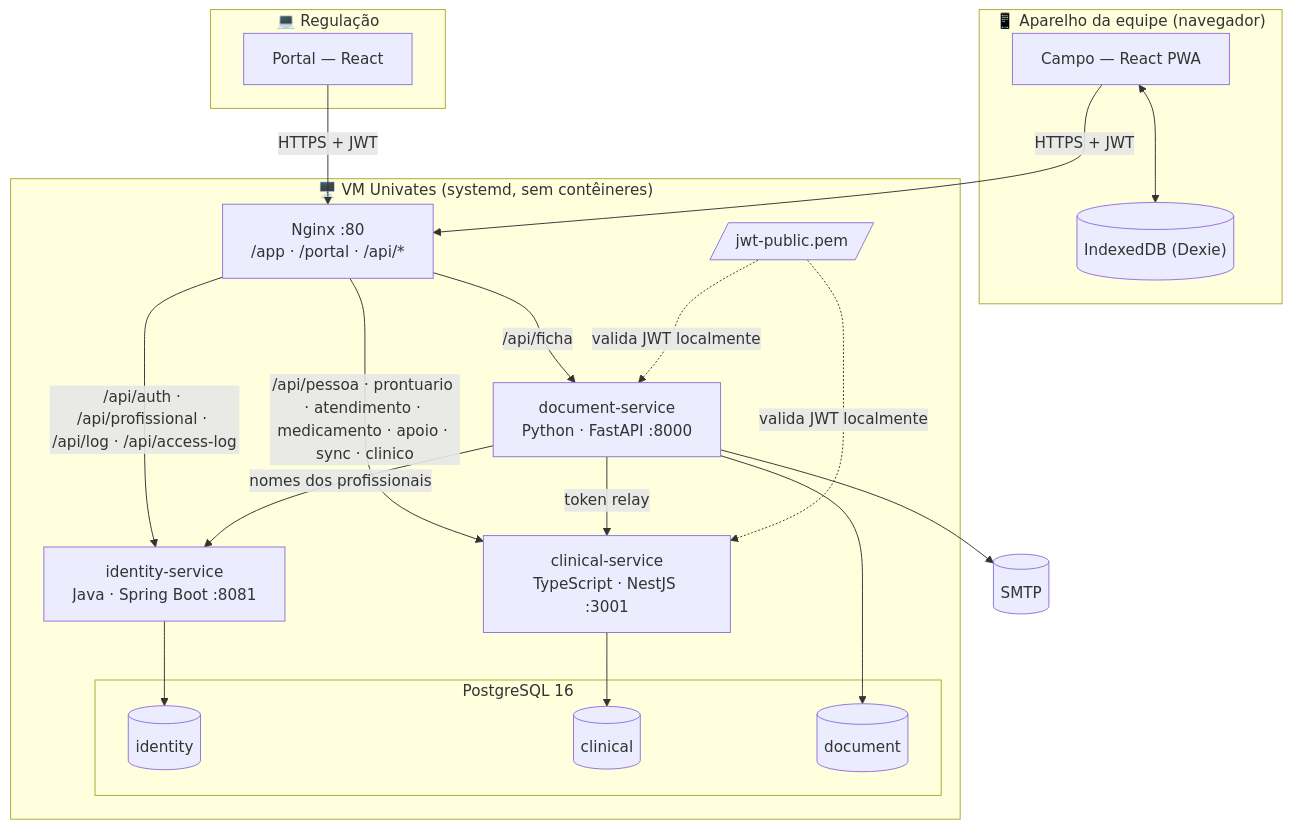
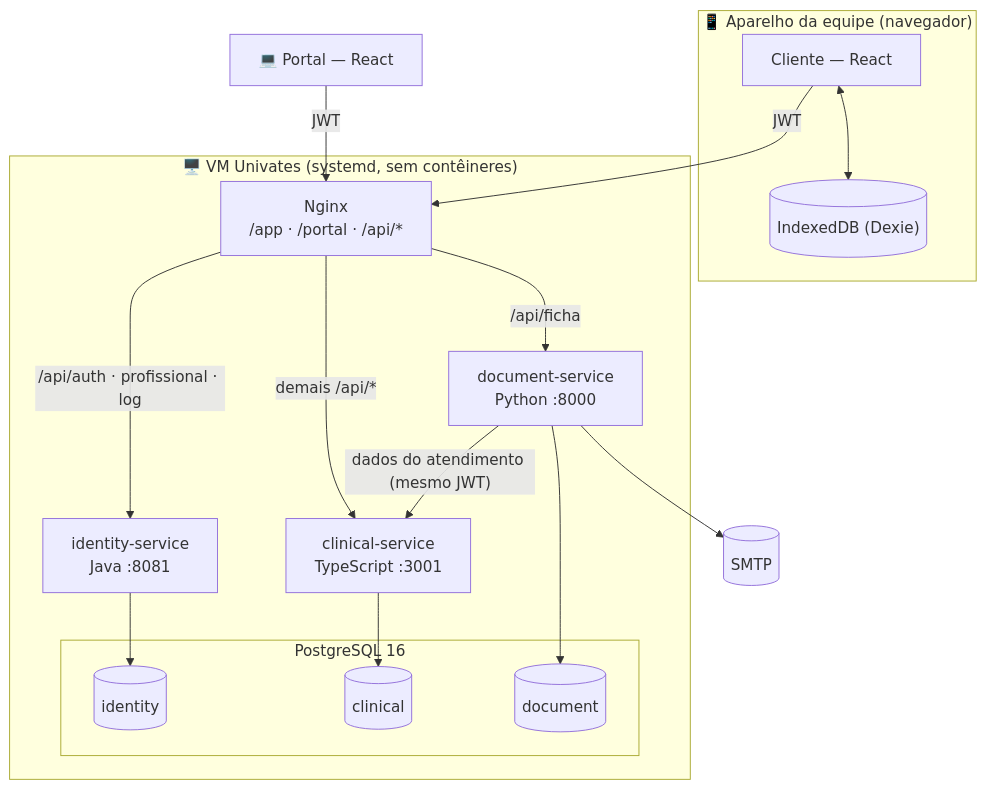
The second of 6 diagrams in docs/02-arquitetura.md (joaogehlen/MedicalField), drawn with Mermaid before and after one commit. The commit also changed other lines of this file and 40 other files, not shown here.

````diff
--- a/docs/02-arquitetura.md
+++ b/docs/02-arquitetura.md
@@ -35,36 +35,31 @@
 ```mermaid
 flowchart TB
     subgraph aparelho["📱 Aparelho da equipe (navegador)"]
-        client["Campo — React PWA"]
+        client["Cliente — React"]
         idb[("IndexedDB (Dexie)")]
         client <--> idb
     end
-    subgraph escritorio["💻 Regulação"]
-        portal["Portal — React"]
-    end
+    portal["💻 Portal — React"]
     subgraph vm["🖥️ VM Univates (systemd, sem contêineres)"]
-        nginx["Nginx :80<br/>/app · /portal · /api/*"]
-        idsvc["identity-service<br/>Java · Spring Boot :8081"]
-        clsvc["clinical-service<br/>TypeScript · NestJS :3001"]
-        docsvc["document-service<br/>Python · FastAPI :8000"]
+        nginx["Nginx<br/>/app · /portal · /api/*"]
+        idsvc["identity-service<br/>Java :8081"]
+        clsvc["clinical-service<br/>TypeScript :3001"]
+        docsvc["document-service<br/>Python :8000"]
         subgraph pg["PostgreSQL 16"]
             sid[("identity")]
             scl[("clinical")]
             sdoc[("document")]
         end
-        pem[/"jwt-public.pem"/]
     end
     smtp[("SMTP")]
-    client -- "HTTPS + JWT" --> nginx
-    portal -- "HTTPS + JWT" --> nginx
-    nginx -- "/api/auth · /api/profissional · /api/log · /api/access-log" --> idsvc
-    nginx -- "/api/pessoa · prontuario · atendimento · medicamento · apoio · sync · clinico" --> clsvc
+    client -- "JWT" --> nginx
+    portal -- "JWT" --> nginx
+    nginx -- "/api/auth · profissional · log" --> idsvc
     nginx -- "/api/ficha" --> docsvc
+    nginx -- "demais /api/*" --> clsvc
     idsvc --> sid
     clsvc --> scl
     docsvc --> sdoc
-    docsvc -- "token relay" --> clsvc
-    docsvc -- "nomes dos profissionais" --> idsvc
+    docsvc -- "dados do atendimento (mesmo JWT)" --> clsvc
     docsvc --> smtp
-    pem -. "valida JWT localmente" .-> clsvc & docsvc
 ```
````
